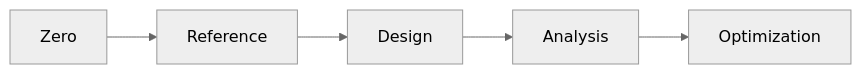
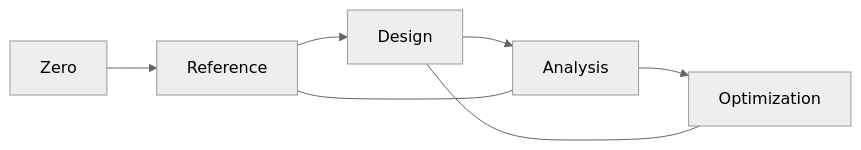
One commit to docxology/School_of_Tomorrow changed the fourth of 6 diagrams in formalisms/numbers/0.md. Above: the diagram before and after it, drawn with Mermaid (neutral theme). The commit also changed other lines of this file and 9311 other files, not shown here.

````diff
--- a/formalisms/numbers/0.md
+++ b/formalisms/numbers/0.md
@@ -153,7 +158,10 @@
 ```mermaid
 graph LR
     A[Zero] --> B[Reference]
     B --> C[Design]
     C --> D[Analysis]
     D --> E[Optimization]
+    
+    B --- D
+    C --- E
 ```
````
